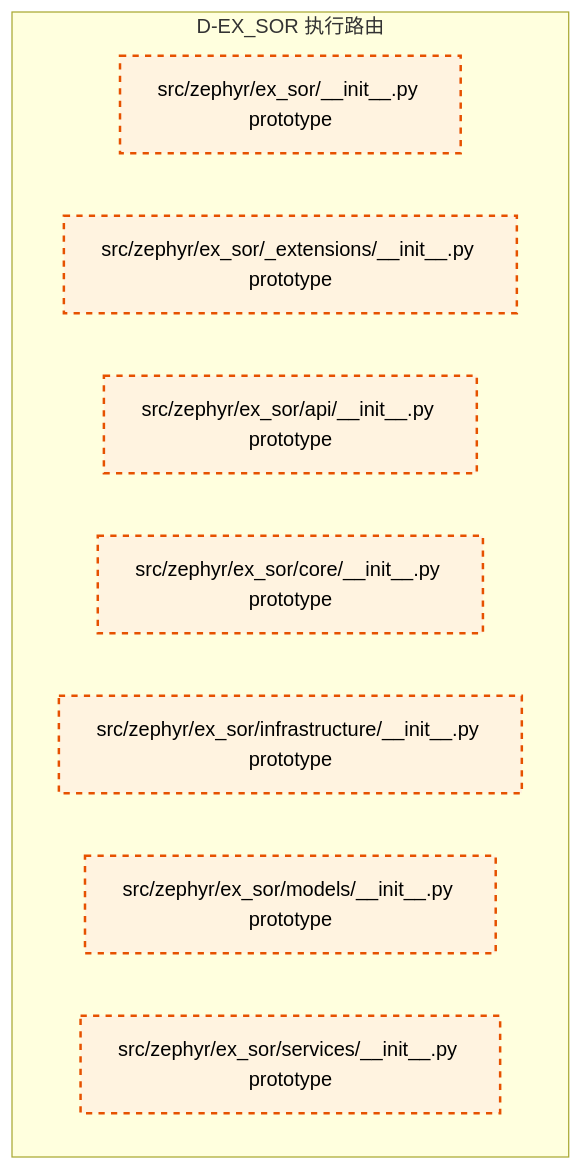
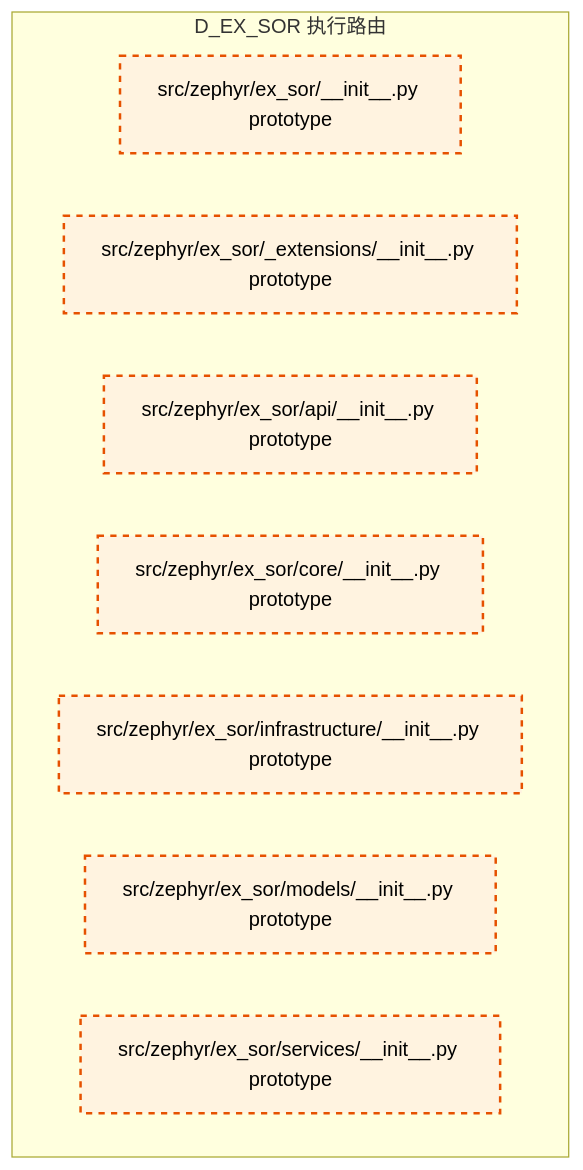
One commit to xuanFelixVan/ZephyrAlpha changed the diagram in docs/02_enterprise_architecture/02_domain_architecture_docs/30_d_ex_sor.md. Above: the diagram before and after it, drawn with Mermaid. The commit also changed other lines of this file and 106 other files, not shown here.

````diff
--- a/docs/02_enterprise_architecture/02_domain_architecture_docs/30_d_ex_sor.md
+++ b/docs/02_enterprise_architecture/02_domain_architecture_docs/30_d_ex_sor.md
@@ -47,17 +47,17 @@
 ```mermaid
 graph TD
-    subgraph D_EX_SOR["D-EX_SOR 执行路由"]
+    subgraph D_EX_SOR["D_EX_SOR 执行路由"]
         src_zephyr_ex_sor_init_py["src/zephyr/ex_sor/__init__.py prototype"]
         src_zephyr_ex_sor_extensions_init_py["src/zephyr/ex_sor/_extensions/__init__.py prototype"]
         src_zephyr_ex_sor_api_init_py["src/zephyr/ex_sor/api/__init__.py prototype"]
         src_zephyr_ex_sor_core_init_py["src/zephyr/ex_sor/core/__init__.py prototype"]
         src_zephyr_ex_sor_infrastructure_init_py["src/zephyr/ex_sor/infrastructure/__init__.py prototype"]
         src_zephyr_ex_sor_models_init_py["src/zephyr/ex_sor/models/__init__.py prototype"]
         src_zephyr_ex_sor_services_init_py["src/zephyr/ex_sor/services/__init__.py prototype"]
     end
     classDef production fill:#e1f5fe,stroke:#01579b,stroke-width:2px,color:#000
     classDef design fill:#fff3e0,stroke:#e65100,stroke-width:2px,color:#000,stroke-dasharray: 5 5
     classDef external_prod fill:#e8f5e9,stroke:#1b5e20,stroke-width:1px,color:#000
     classDef external_design fill:#fce4ec,stroke:#880e4f,stroke-width:1px,color:#000,stroke-dasharray: 5 5
     class src_zephyr_ex_sor_init_py,src_zephyr_ex_sor_extensions_init_py,src_zephyr_ex_sor_api_init_py,src_zephyr_ex_sor_core_init_py,src_zephyr_ex_sor_infrastructure_init_py,src_zephyr_ex_sor_models_init_py,src_zephyr_ex_sor_services_init_py design
 ```
````
